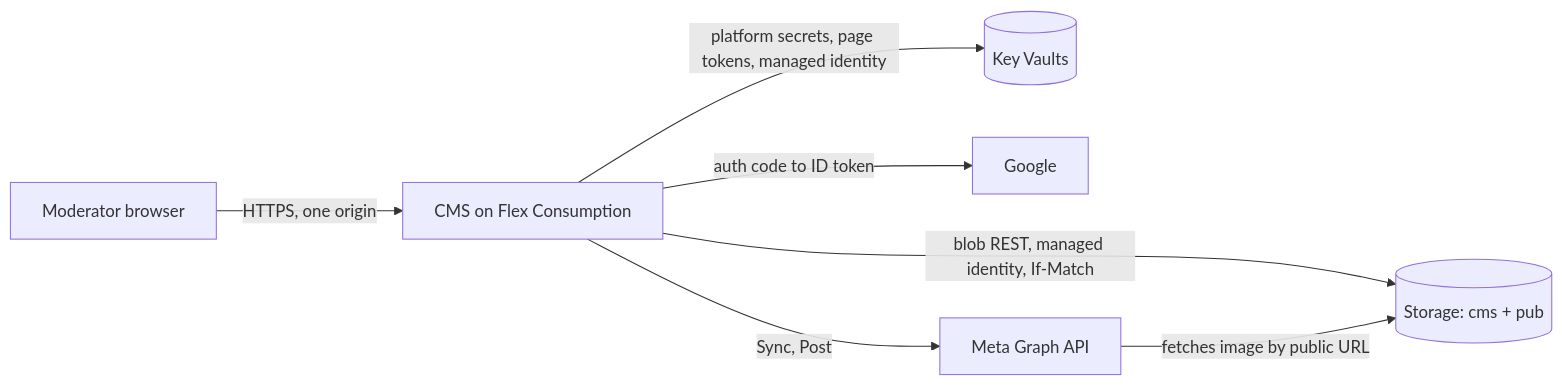
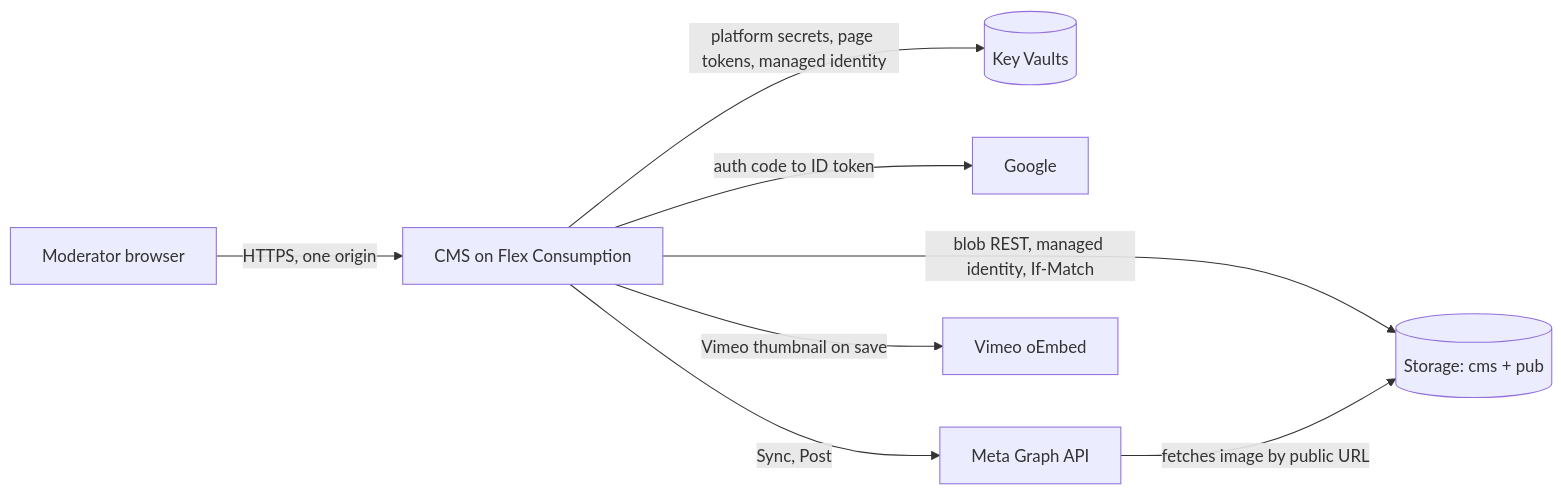
One commit to filip-be/folk-ms changed the diagram in docs/platform/README.md. Above: the diagram before and after it, drawn with Mermaid. The commit also changed other lines of this file and 8 other files, not shown here.

````diff
--- a/docs/platform/README.md
+++ b/docs/platform/README.md
@@ -11,9 +11,10 @@
 ```mermaid
 flowchart LR
   M[Moderator browser] -->|HTTPS, one origin| C[CMS on Flex Consumption]
   C -->|blob REST, managed identity, If-Match| S[(Storage: cms + pub)]
   C -->|platform secrets, page tokens, managed identity| K[(Key Vaults)]
   C -->|auth code to ID token| G[Google]
   C -->|Sync, Post| F[Meta Graph API]
+  C -->|Vimeo thumbnail on save| V[Vimeo oEmbed]
   F -->|fetches image by public URL| S
 ```
````
